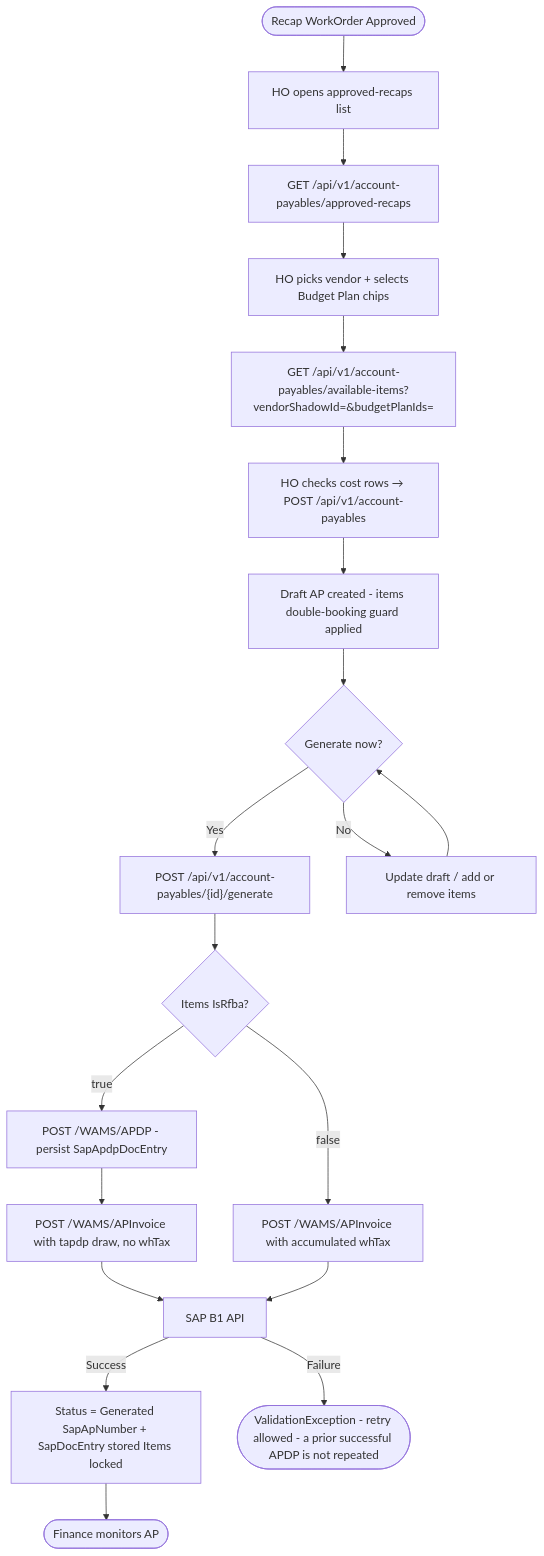
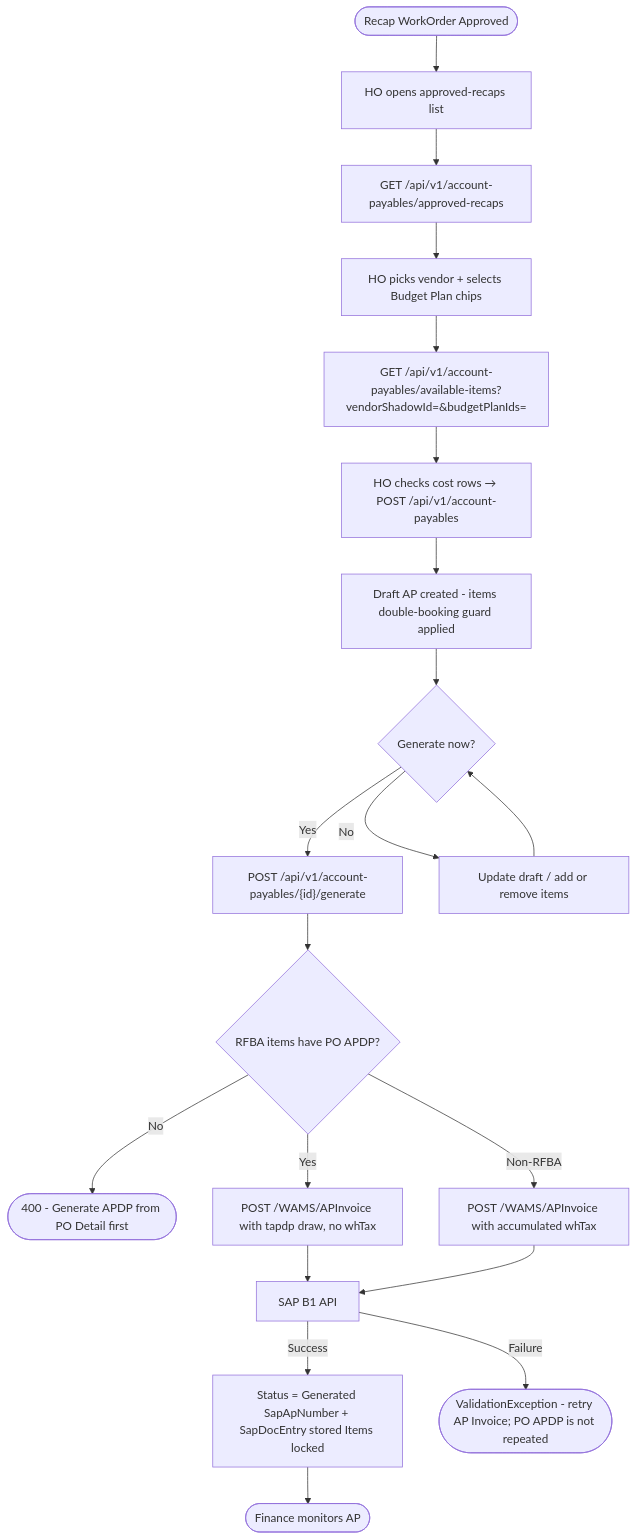
The eighth of 25 diagrams in backend/README.md (itg-infra/wams), drawn with Mermaid before and after one commit. The commit also changed other lines of this file and 31 other files, not shown here.

First line of the commit message:
refactor: move RFBA APDP flow to purchase orders

````diff
--- a/backend/README.md
+++ b/backend/README.md
@@ -416,24 +416,23 @@
 ```mermaid
 flowchart TD
     A([Recap WorkOrder Approved]) --> B["HO opens approved-recaps list"]
     B --> C["GET /api/v1/account-payables/approved-recaps"]
     C --> D["HO picks vendor + selects Budget Plan chips"]
     D --> E["GET /api/v1/account-payables/available-items?vendorShadowId=&budgetPlanIds="]
     E --> F["HO checks cost rows → POST /api/v1/account-payables"]
     F --> G[Draft AP created - items double-booking guard applied]
     G --> H{Generate now?}
     H -- Yes --> I["POST /api/v1/account-payables/{id}/generate"]
-    I --> I2
-    I2{"Items IsRfba?"}
-    I2 -- true --> I3["POST /WAMS/APDP - persist SapApdpDocEntry"]
-    I3 --> I4["POST /WAMS/APInvoice with tapdp draw, no whTax"]
-    I2 -- false --> I4b["POST /WAMS/APInvoice with accumulated whTax"]
+    I --> I2{"RFBA items have PO APDP?"}
+    I2 -- No --> I3(["400 - Generate APDP from PO Detail first"])
+    I2 -- Yes --> I4["POST /WAMS/APInvoice with tapdp draw, no whTax"]
+    I2 -- Non-RFBA --> I4b["POST /WAMS/APInvoice with accumulated whTax"]
     I4 --> J
     I4b --> J
     J[SAP B1 API]
     J -- Success --> K["Status = Generated SapApNumber + SapDocEntry stored Items locked"]
-    J -- Failure --> L(["ValidationException - retry allowed - a prior successful APDP is not repeated"])
+    J -- Failure --> L(["ValidationException - retry AP Invoice; PO APDP is not repeated"])
     H -- No --> M["Update draft / add or remove items"]
     M --> H
     K --> N(["Finance monitors AP"])
 ```
````
